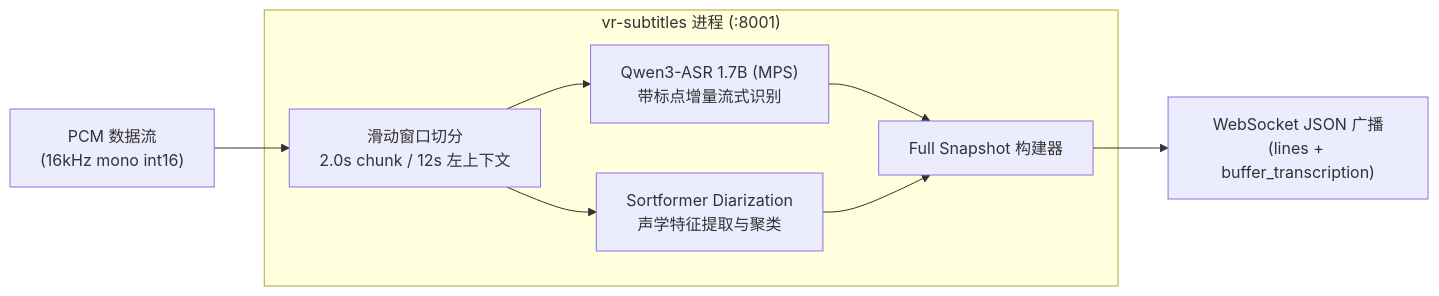
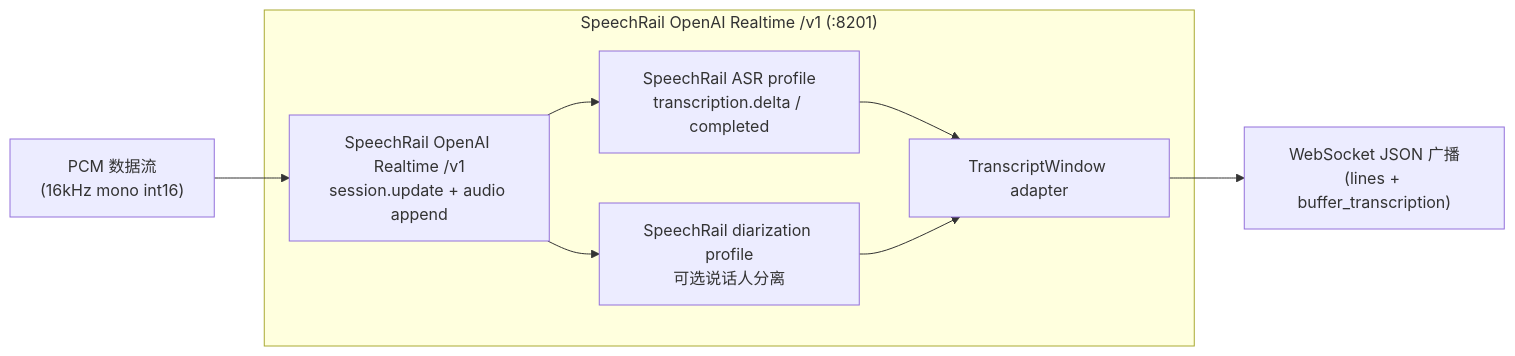
Before and after one commit to hrygo/voice-realtime: the eighth of 13 diagrams in docs/architecture/系统总体架构与详细设计方案.md, drawn with Mermaid. The commit also changed other lines of this file and 495 other files, not shown here.

First line of the commit message:
Merge pull request #3 from hrygo/refactor/clean-architecture-and-docs

````diff
--- a/docs/architecture/系统总体架构与详细设计方案.md
+++ b/docs/architecture/系统总体架构与详细设计方案.md
@@ -503,13 +510,13 @@
 ```mermaid
 flowchart LR
-    AUDIO_IN["PCM 数据流<br/>(16kHz mono int16)"] --> SLIDE_WIN["滑动窗口切分<br/>2.0s chunk / 12s 左上下文"]
+    AUDIO_IN["PCM 数据流<br/>(16kHz mono int16)"] --> SR_INPUT["SpeechRail OpenAI Realtime /v1<br/>session.update + audio append"]
     
-    subgraph VR_SUBTITLES["vr-subtitles 进程 (:8001)"]
-        SLIDE_WIN --> QWEN_ASR["Qwen3-ASR 1.7B (MPS)<br/>带标点增量流式识别"]
-        SLIDE_WIN --> SORTFORMER["Sortformer Diarization<br/>声学特征提取与聚类"]
-        QWEN_ASR --> SNAP_BUILDER["Full Snapshot 构建器"]
+    subgraph SPEECHRAIL["SpeechRail OpenAI Realtime /v1 (:8201)"]
+        SR_INPUT --> QWEN_ASR["SpeechRail ASR profile<br/>transcription.delta / completed"]
+        SR_INPUT --> SORTFORMER["SpeechRail diarization profile<br/>可选说话人分离"]
+        QWEN_ASR --> SNAP_BUILDER["TranscriptWindow adapter"]
         SORTFORMER --> SNAP_BUILDER
     end
 
     SNAP_BUILDER --> WS_OUT["WebSocket JSON 广播<br/>(lines + buffer_transcription)"]
 ```
````
